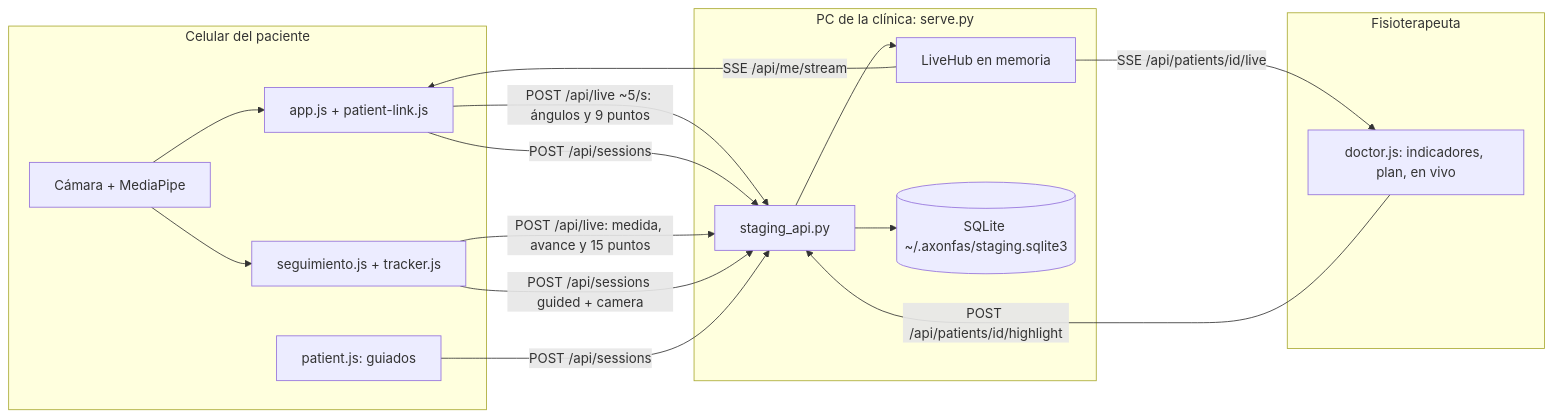
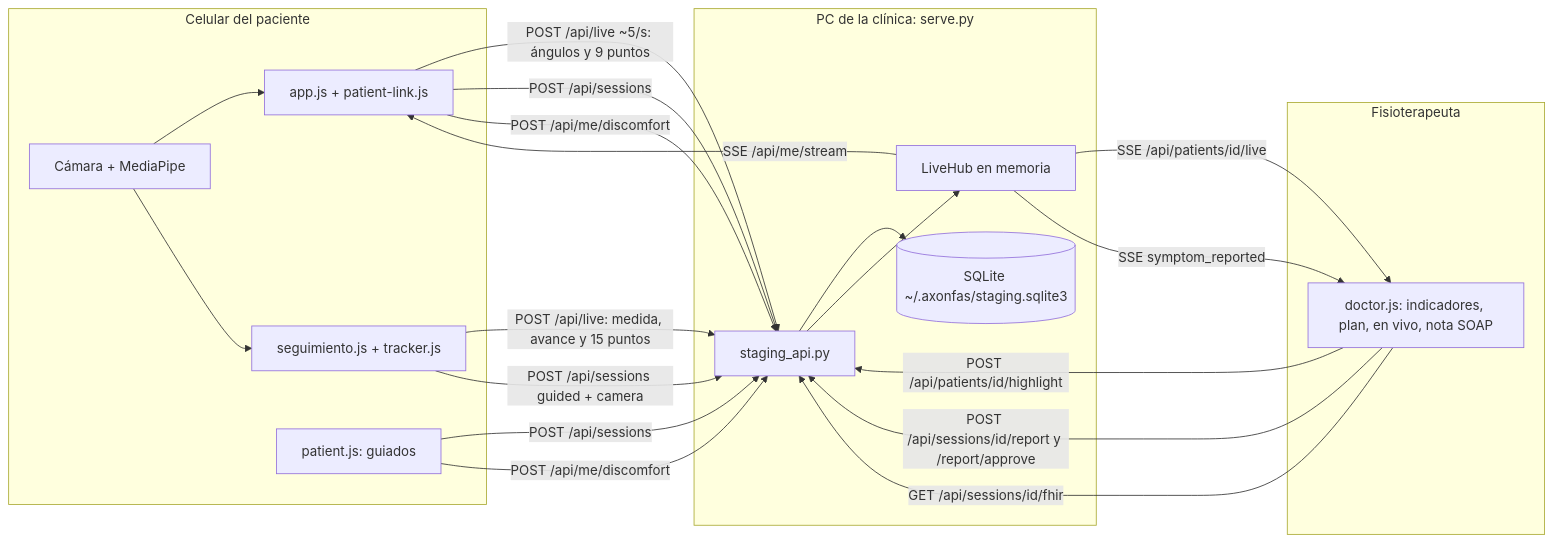
One commit to JoseFM2808/AXONFAS changed the second of 3 diagrams in .ai-context/02-architecture.md. Above: the diagram before and after it, drawn with Mermaid. The commit also changed other lines of this file and 36 other files, not shown here.

Commit message:
Guardas de seguridad, nota SOAP con firma, FHIR, molestias y descanso recomendado (ADR-018, ADR-019)

````diff
--- a/.ai-context/02-architecture.md
+++ b/.ai-context/02-architecture.md
@@ -149,26 +150,31 @@
 ```mermaid
 flowchart LR
     subgraph pac [Celular del paciente]
         CAMP[Cámara + MediaPipe] --> APP[app.js + patient-link.js]
         CAMP --> TRK[seguimiento.js + tracker.js]
         GUI[patient.js: guiados]
     end
     subgraph pc [PC de la clínica: serve.py]
         API[staging_api.py]
         HUB[LiveHub en memoria]
         DB[(SQLite ~/.axonfas/staging.sqlite3)]
         API --> DB
         API --> HUB
     end
     subgraph fis [Fisioterapeuta]
-        DOC[doctor.js: indicadores, plan, en vivo]
+        DOC[doctor.js: indicadores, plan, en vivo, nota SOAP]
     end
     APP -->|POST /api/live ~5/s: ángulos y 9 puntos| API
     APP -->|POST /api/sessions| API
     TRK -->|POST /api/live: medida, avance y 15 puntos| API
     TRK -->|POST /api/sessions guided + camera| API
     GUI -->|POST /api/sessions| API
+    GUI -->|POST /api/me/discomfort| API
+    APP -->|POST /api/me/discomfort| API
     HUB -->|SSE /api/patients/id/live| DOC
     DOC -->|POST /api/patients/id/highlight| API
+    DOC -->|POST /api/sessions/id/report y /report/approve| API
+    DOC -->|GET /api/sessions/id/fhir| API
+    HUB -->|SSE symptom_reported| DOC
     HUB -->|SSE /api/me/stream| APP
 ```
````
